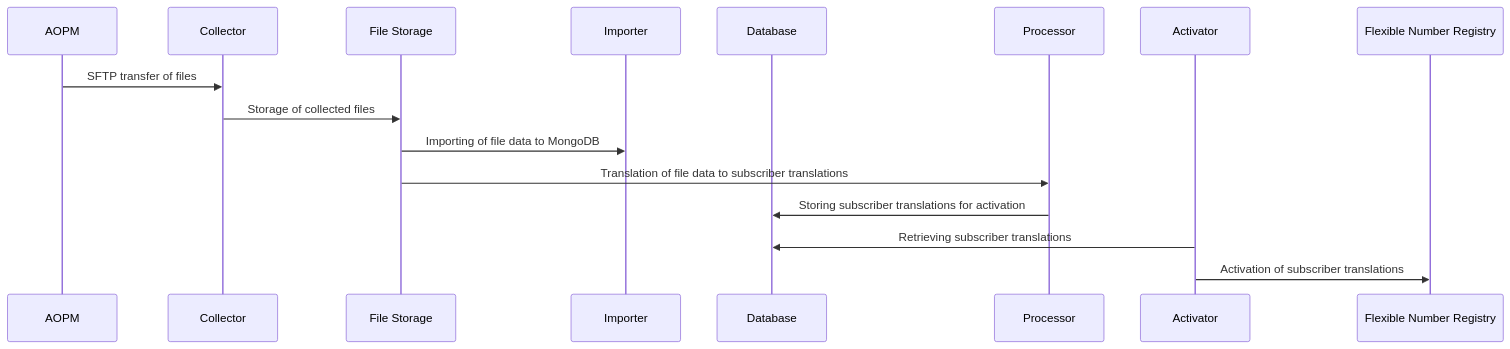
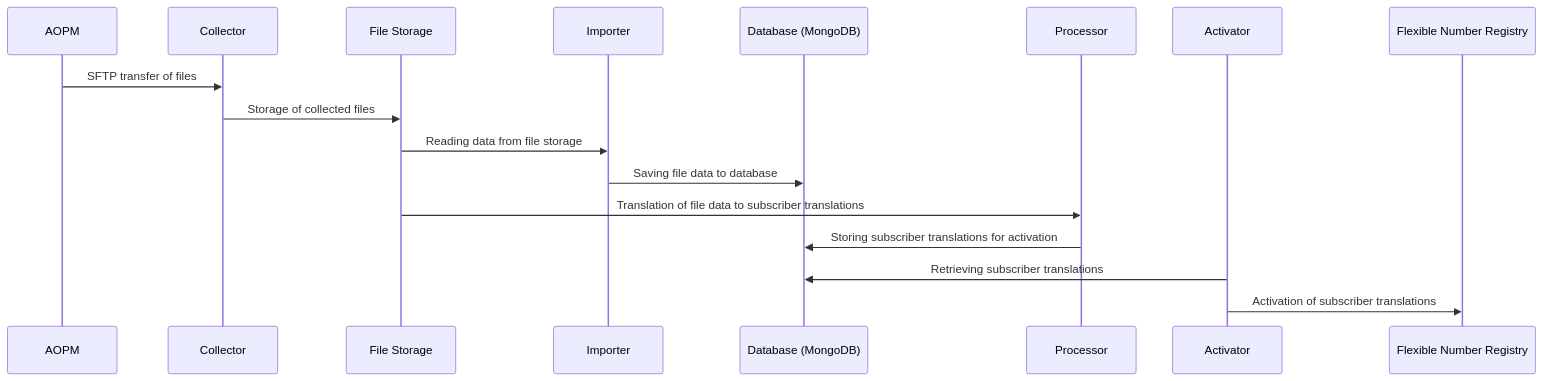
One commit to dlicudi/cv changed the seventh of 7 diagrams in docs/projects.md. Above: the diagram before and after it, drawn with Mermaid. The commit also changed other lines of this file, not shown here.

Commit message:
Added info on modular design for MVNO Number Porting

````diff
--- a/docs/projects.md
+++ b/docs/projects.md
@@ -224,20 +224,20 @@
 ``` mermaid
 sequenceDiagram
     participant AOPM as AOPM
     participant Collector as Collector
     participant FileStorage as File Storage
     participant Importer as Importer
-    participant Database as Database
+    participant Database as Database (MongoDB)
     participant Processor as Processor
     participant Activator as Activator
     participant FNR as Flexible Number Registry
 
     AOPM->>Collector: SFTP transfer of files
     Collector->>FileStorage: Storage of collected files
-    FileStorage->>Importer: Importing of file data to MongoDB
+    FileStorage->>Importer: Reading data from file storage
+    Importer->>Database: Saving file data to database
     FileStorage->>Processor: Translation of file data to subscriber translations
     Processor->>Database: Storing subscriber translations for activation
     Activator->>Database: Retrieving subscriber translations
-    Activator->>FNR: Activation of subscriber translations
-    
+    Activator->>FNR: Activation of subscriber translations    
 ```
````
